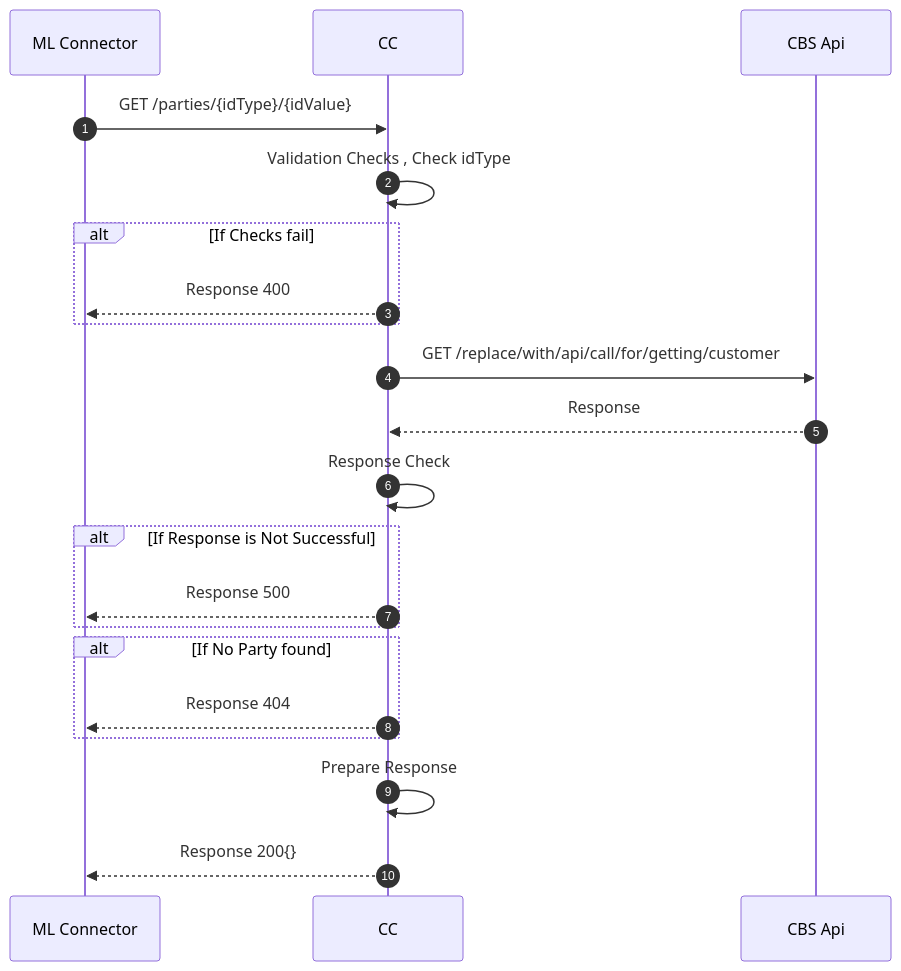
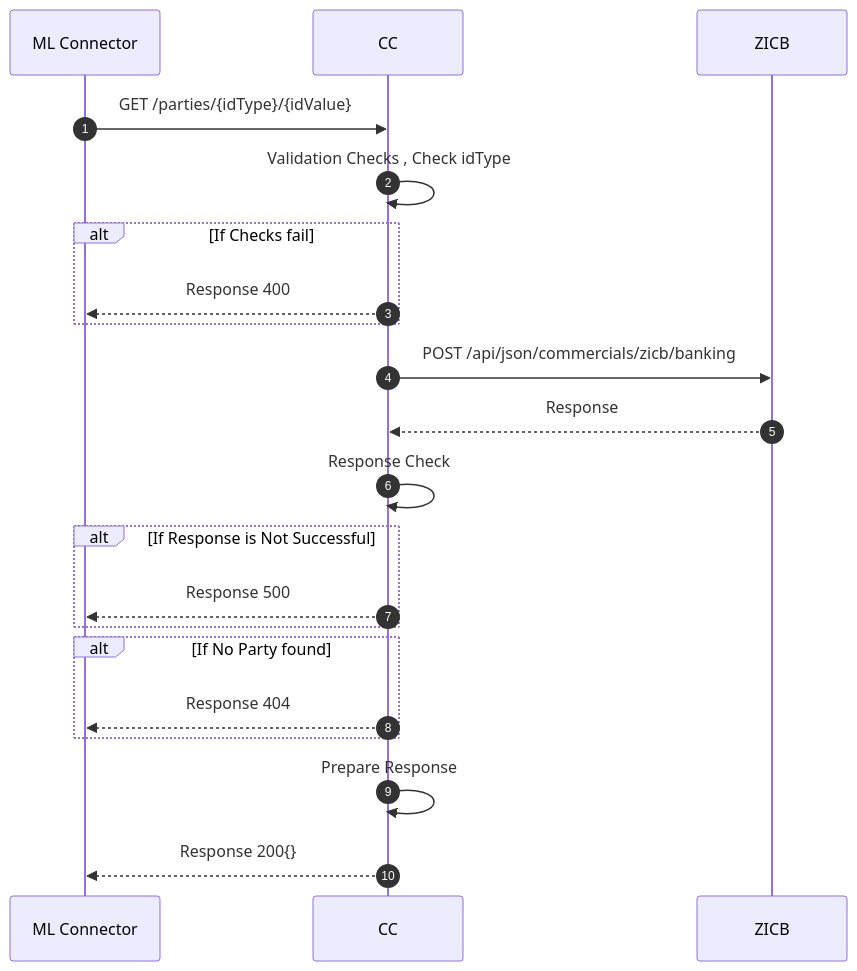
The diagram in zicb-zm-core-connector/docs/payee/payee-get-parties.md (mojaloop/ml-reference-connectors), drawn with Mermaid before and after one commit. The commit also changed 12 other files, not shown here.

Commit message:
chore: updated sequence diagrams

````diff
--- a/zicb-zm-core-connector/docs/payee/payee-get-parties.md
+++ b/zicb-zm-core-connector/docs/payee/payee-get-parties.md
@@ -4,20 +4,20 @@
 ```mermaid
 sequenceDiagram
   autonumber
   ML Connector->>CC: GET /parties/{idType}/{idValue}
   CC->>CC:Validation Checks , Check idType
   Alt If Checks fail
   CC-->>ML Connector: Response 400
   End
-  CC->>CBS Api:GET /replace/with/api/call/for/getting/customer 
-  CBS Api-->>CC: Response
+  CC->>ZICB: POST /api/json/commercials/zicb/banking
+  ZICB-->>CC: Response
   CC->>CC:Response Check
   Alt If Response is Not Successful
   CC-->>ML Connector: Response 500
   End
   Alt If No Party found
   CC-->>ML Connector: Response 404
   End
   CC->>CC: Prepare Response
   CC-->>ML Connector: Response 200{}
 ```
````
